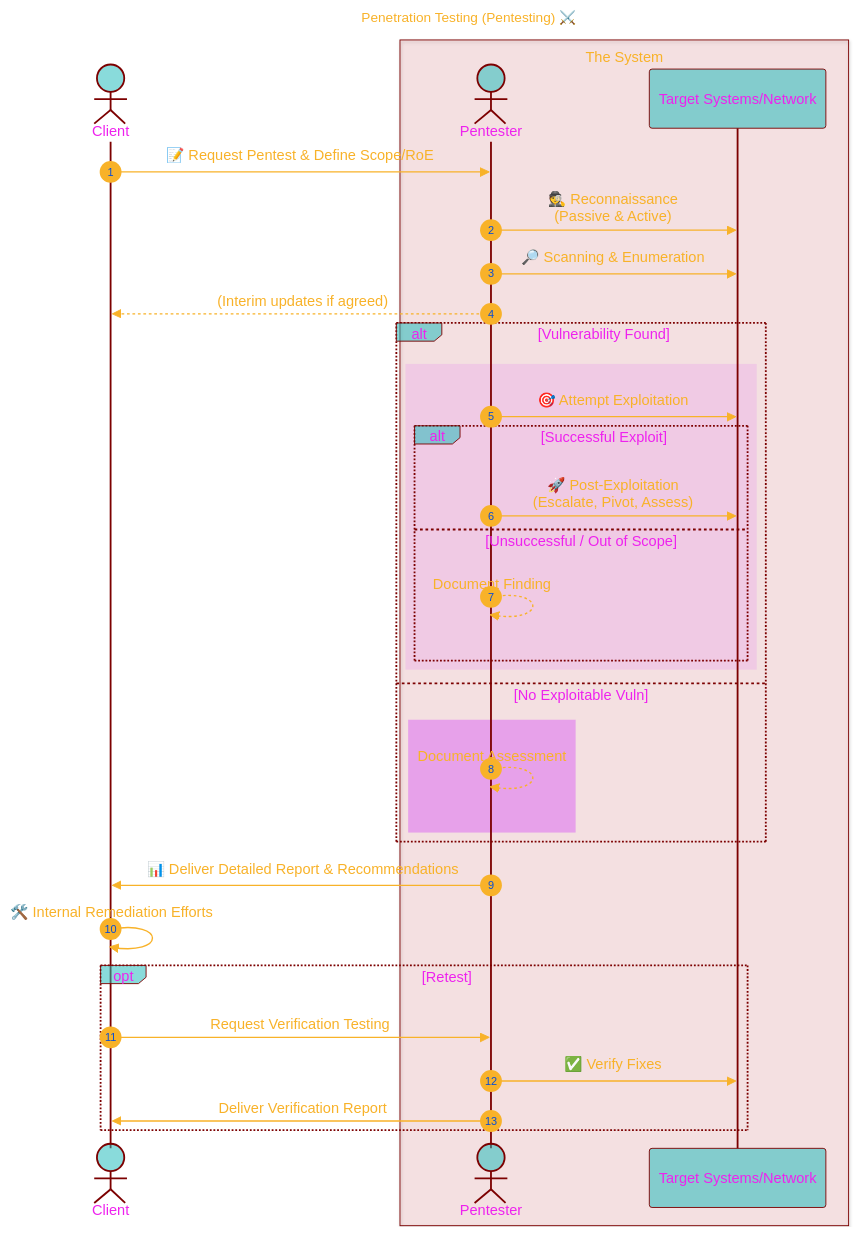
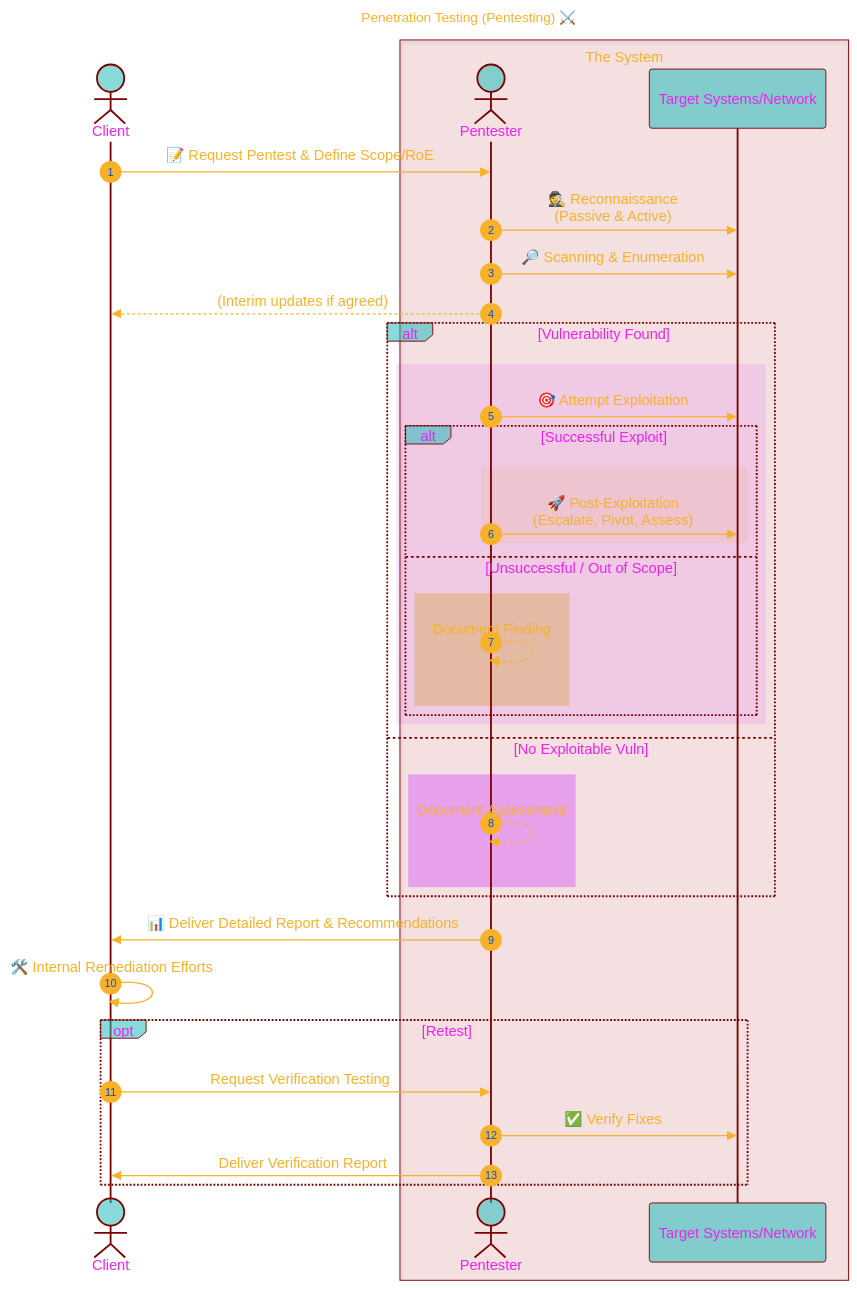
The second of 5 diagrams in Types_of_Hacking/White_Hat.md (CongLeSolutionX/EthicaLumin), drawn with Mermaid before and after one commit.

Commit message:
update notes

````diff
--- a/Types_of_Hacking/White_Hat.md
+++ b/Types_of_Hacking/White_Hat.md
@@ -169,66 +169,70 @@
 ```mermaid
 ---
 title: "Penetration Testing (Pentesting) ⚔️"
 author: "Cong Le"
 version: "0.1"
 license(s): "MIT, CC BY 4.0"
 copyright: "Copyright (c) 2025 Cong Le. All Rights Reserved."
 config:
   layout: elk
   theme: base
 ---
 %%%%%%%% Mermaid version v11.4.1-b.14
 %%{
   init: {
     'sequence': { 'mirrorActors': true, 'showSequenceNumbers': true, 'actorMargin': 50 },
     'fontFamily': 'Monaco',
     'themeVariables': {
       'primaryColor': '#2BB8',
       'primaryBorderColor': '#7C0000',
       'lineColor': '#F8B229',
       'secondaryColor': '#6122',
       'tertiaryColor': '#fff',
       'fontSize': '15px',
       'textColor': '#F8B229',
       'actorTextColor': '#E2E',
       'stroke':'#033',
       'stroke-width': '0.2px'
     }
   }
 }%%
 sequenceDiagram
     actor Client
 
     box rgb(202, 12, 22, 0.1) The System
       actor Pentester
       participant TargetSystem as Target Systems/Network
     end
 
     Client->>Pentester: 📝 Request Pentest & Define Scope/RoE
     Pentester->>TargetSystem: 🕵️ Reconnaissance <br/>(Passive & Active)
     Pentester->>TargetSystem: 🔎 Scanning & Enumeration
     Pentester-->>Client: (Interim updates if agreed)
     
     alt Vulnerability Found
       rect rgb(200, 15, 255, 0.1)
         Pentester->>TargetSystem: 🎯 Attempt Exploitation
         alt Successful Exploit
+          rect rgb(200, 150, 20, 0.1)
             Pentester->>TargetSystem: 🚀 Post-Exploitation<br/>(Escalate, Pivot, Assess)
+          end
         else Unsuccessful / Out of Scope
+          rect rgb(200, 150, 20, 0.3)
             Pentester-->>Pentester: Document Finding
+          end
         end
       end
     else No Exploitable Vuln
       rect rgb(200, 15, 255, 0.3)
         Pentester-->>Pentester: Document Assessment
       end
     end
     
     Pentester->>Client: 📊 Deliver Detailed Report & Recommendations
     Client->>Client: 🛠️ Internal Remediation Efforts
     opt Retest
         Client->>Pentester: Request Verification Testing
         Pentester->>TargetSystem: ✅ Verify Fixes
         Pentester->>Client: Deliver Verification Report
     end
 ```
````
